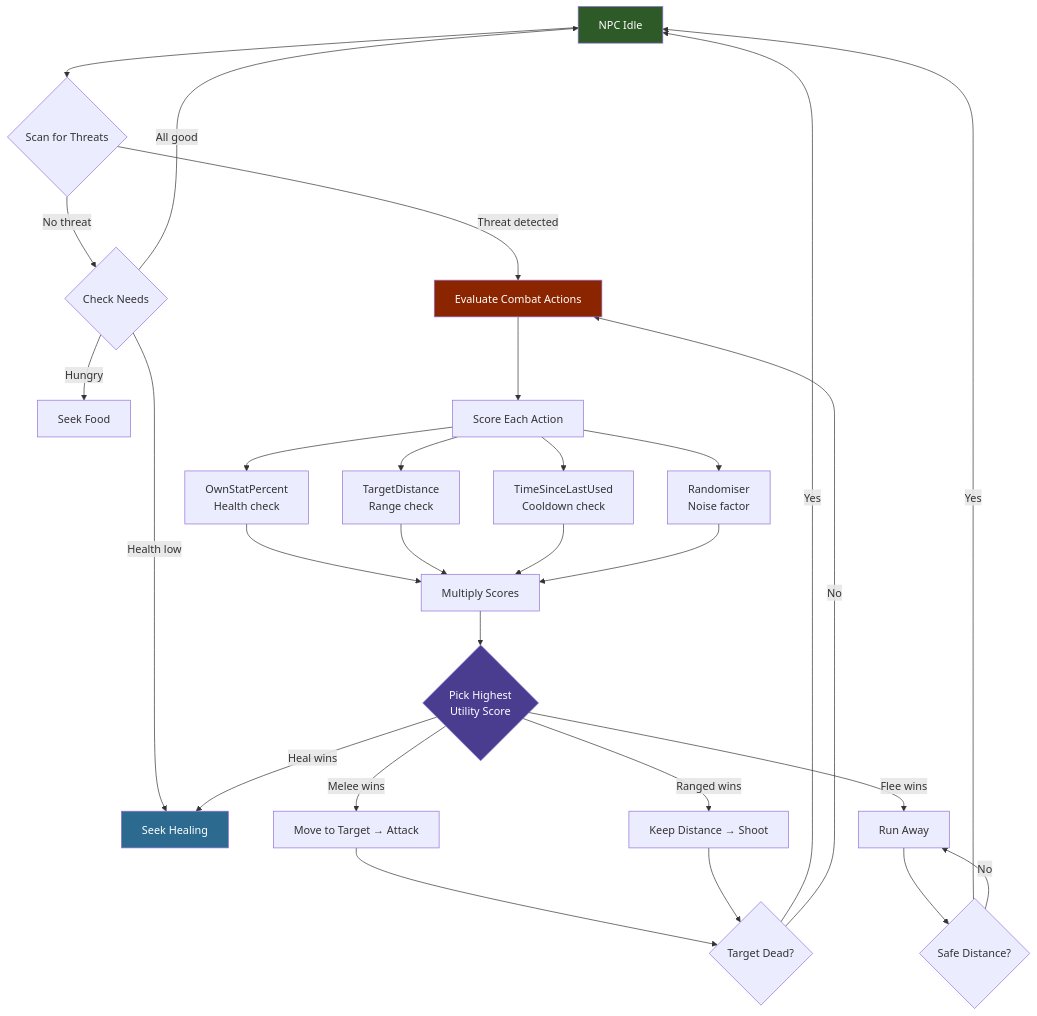
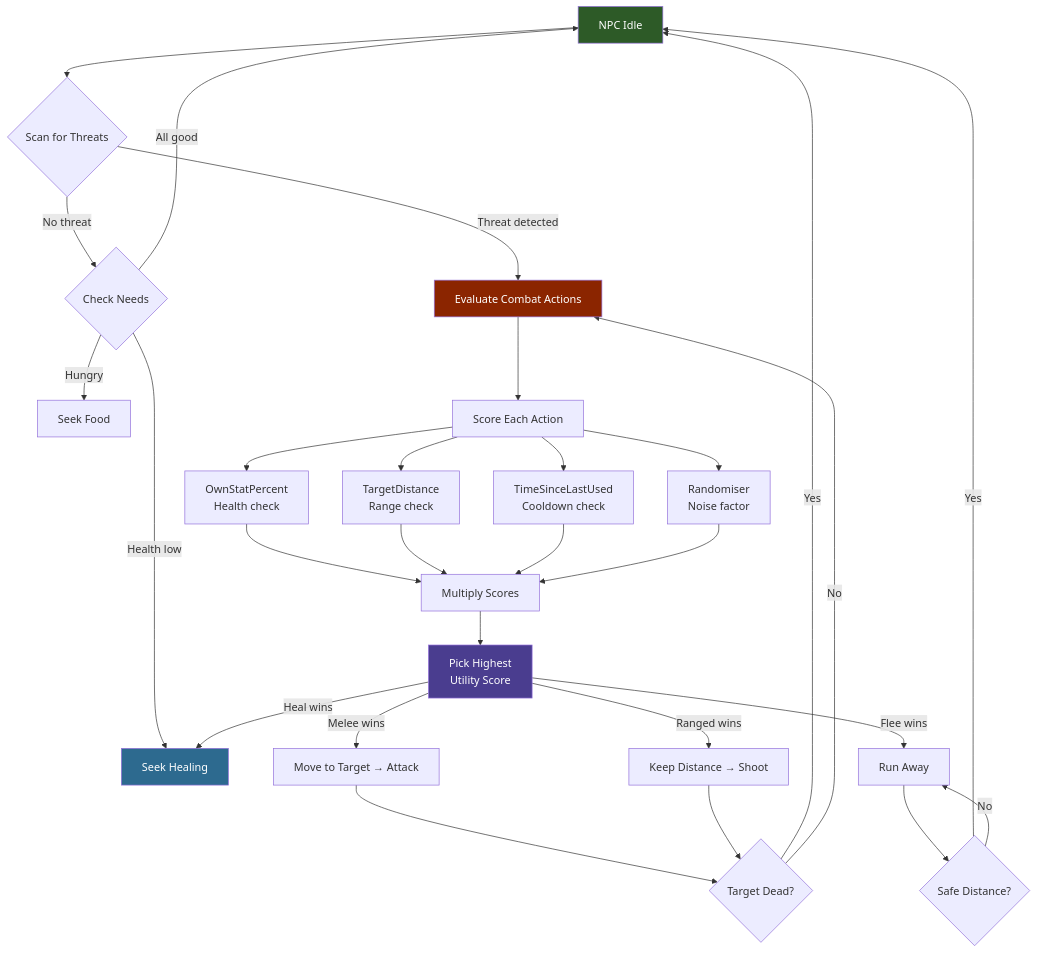
The first of 2 diagrams in src/content/docs/es/reference/npc-system/npc-decision-making.md (nevesb/hytale-modding-docs), drawn with Mermaid before and after one commit. The commit also changed other lines of this file and 34 other files, not shown here.

First line of the commit message:
docs: enhance mermaid diagrams for clarity and readability

````diff
--- a/src/content/docs/es/reference/npc-system/npc-decision-making.md
+++ b/src/content/docs/es/reference/npc-system/npc-decision-making.md
@@ -74,41 +74,41 @@
 ```mermaid
 flowchart TD
     A[NPC Idle] --> B{Scan for Threats}
-    B -->|No threat| C{Check Needs}
-    B -->|Threat detected| D[Evaluate Combat Actions]
+    B -->|"No threat"| C{Check Needs}
+    B -->|"Threat detected"| D[Evaluate Combat Actions]
 
-    C -->|Health low| E[Seek Healing]
-    C -->|Hungry| F[Seek Food]
-    C -->|All good| A
+    C -->|"Health low"| E[Seek Healing]
+    C -->|"Hungry"| F[Seek Food]
+    C -->|"All good"| A
 
     D --> G[Score Each Action]
-    G --> H[OwnStatPercent\nHealth check]
-    G --> I[TargetDistance\nRange check]
-    G --> J[TimeSinceLastUsed\nCooldown check]
-    G --> K[Randomiser\nNoise factor]
+    G --> H["OwnStatPercent<br/>Health check"]
+    G --> I["TargetDistance<br/>Range check"]
+    G --> J["TimeSinceLastUsed<br/>Cooldown check"]
+    G --> K["Randomiser<br/>Noise factor"]
 
     H --> L[Multiply Scores]
     I --> L
     J --> L
     K --> L
 
-    L --> M{Pick Highest\nUtility Score}
-    M -->|Melee wins| N[Move to Target → Attack]
-    M -->|Ranged wins| O[Keep Distance → Shoot]
-    M -->|Flee wins| P[Run Away]
-    M -->|Heal wins| E
+    L --> M["Pick Highest<br/>Utility Score"]
+    M -->|"Melee wins"| N[Move to Target → Attack]
+    M -->|"Ranged wins"| O[Keep Distance → Shoot]
+    M -->|"Flee wins"| P[Run Away]
+    M -->|"Heal wins"| E
 
     N --> Q{Target Dead?}
     O --> Q
-    Q -->|Yes| A
-    Q -->|No| D
+    Q -->|"Yes"| A
+    Q -->|"No"| D
 
     P --> R{Safe Distance?}
-    R -->|Yes| A
-    R -->|No| P
+    R -->|"Yes"| A
+    R -->|"No"| P
 
     style A fill:#2d5a27,color:#fff
     style D fill:#8b2500,color:#fff
     style M fill:#4a3d8f,color:#fff
     style E fill:#2d6a8f,color:#fff
 ```
````
